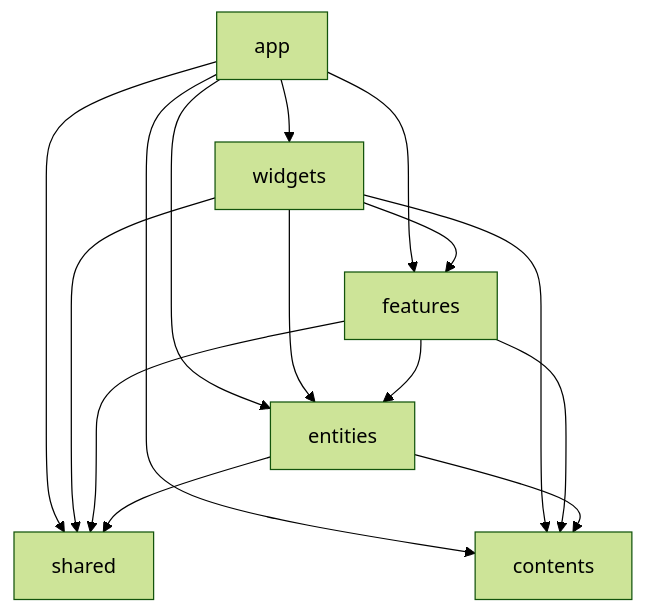
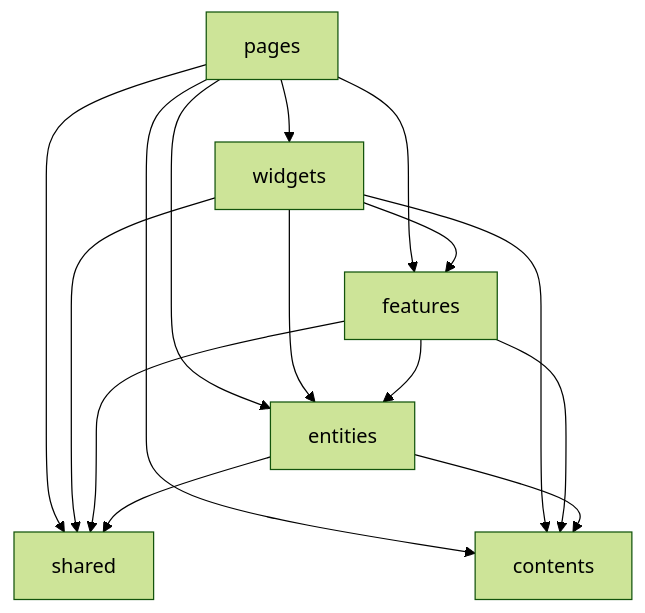
Before and after one commit to syakoo/syakoo-lab: the diagram in .claude/skills/project-structure/SKILL.md, drawn with Mermaid (forest theme). The commit also changed other lines of this file and 29 other files, not shown here.

````diff
--- a/.claude/skills/project-structure/SKILL.md
+++ b/.claude/skills/project-structure/SKILL.md
@@ -18,7 +18,7 @@
 ```mermaid
 graph TD
-  app --> widgets & features & entities & shared & contents
+  pages --> widgets & features & entities & shared & contents
   widgets --> features & entities & shared & contents
   features --> entities & shared & contents
   entities --> shared & contents
 ```
````
